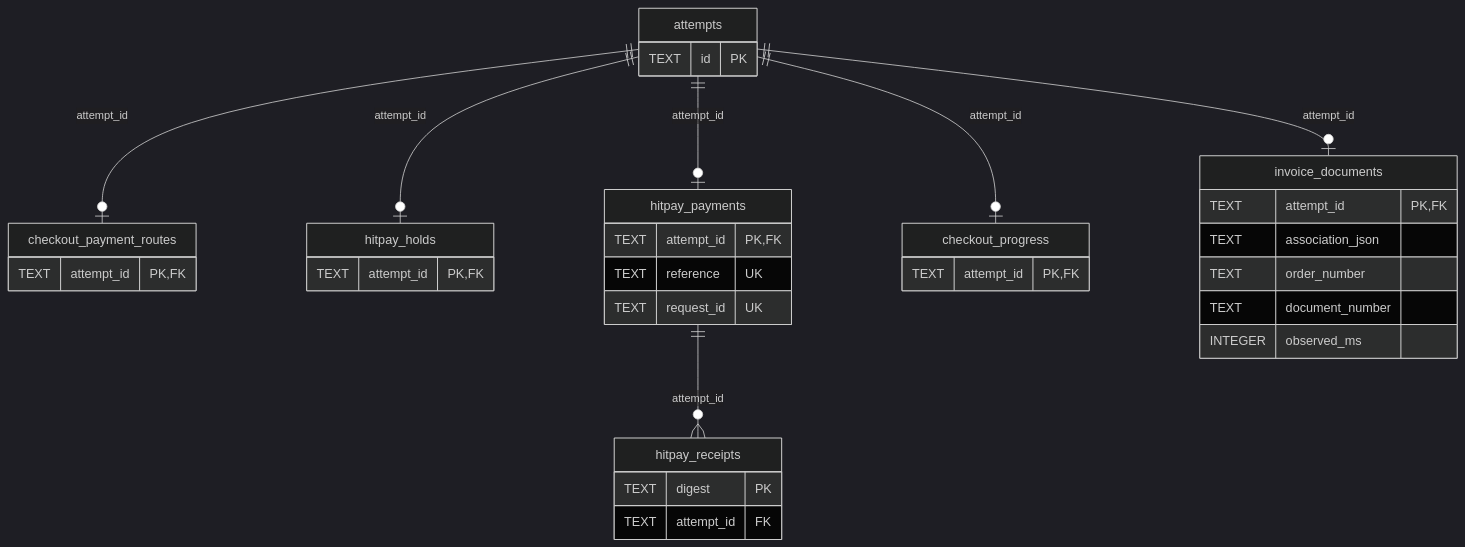
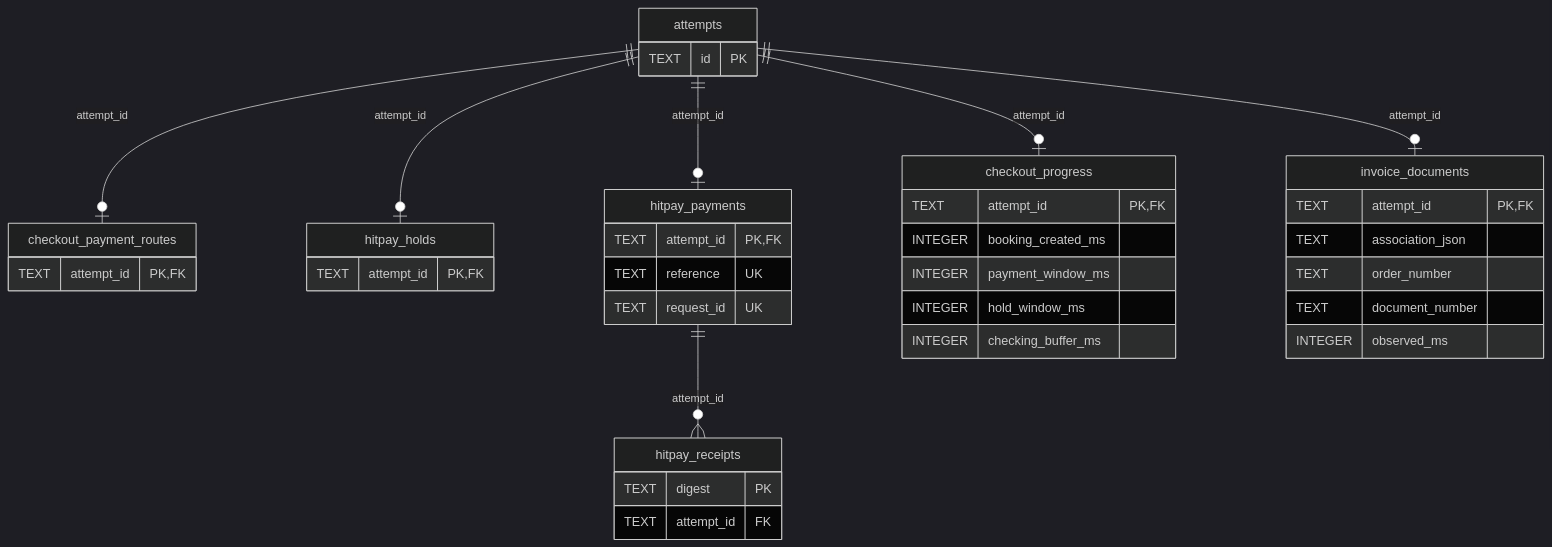
One commit to soccerbotstudiosg/soccerbotstudioSG changed the fourth of 8 diagrams in docs/architecture/database-schema.md. Above: the diagram before and after it, drawn with Mermaid (dark theme). The commit also changed other lines of this file and 41 other files, not shown here.

````diff
--- a/docs/architecture/database-schema.md
+++ b/docs/architecture/database-schema.md
@@ -91,29 +91,35 @@
 ```mermaid
 erDiagram
   attempts ||--o| checkout_payment_routes : attempt_id
   attempts ||--o| hitpay_holds : attempt_id
   attempts ||--o| hitpay_payments : attempt_id
   attempts ||--o| checkout_progress : attempt_id
   attempts ||--o| invoice_documents : attempt_id
   hitpay_payments ||--o{ hitpay_receipts : attempt_id
   attempts { TEXT id PK }
   checkout_payment_routes { TEXT attempt_id PK, FK }
   hitpay_holds { TEXT attempt_id PK, FK }
   hitpay_payments {
     TEXT attempt_id PK, FK
     TEXT reference UK
     TEXT request_id UK
   }
   hitpay_receipts {
     TEXT digest PK
     TEXT attempt_id FK
   }
-  checkout_progress { TEXT attempt_id PK, FK }
+  checkout_progress {
+    TEXT attempt_id PK, FK
+    INTEGER booking_created_ms
+    INTEGER payment_window_ms
+    INTEGER hold_window_ms
+    INTEGER checking_buffer_ms
+  }
   invoice_documents {
     TEXT attempt_id PK, FK
     TEXT association_json
     TEXT order_number
     TEXT document_number
     INTEGER observed_ms
   }
 ```
````
